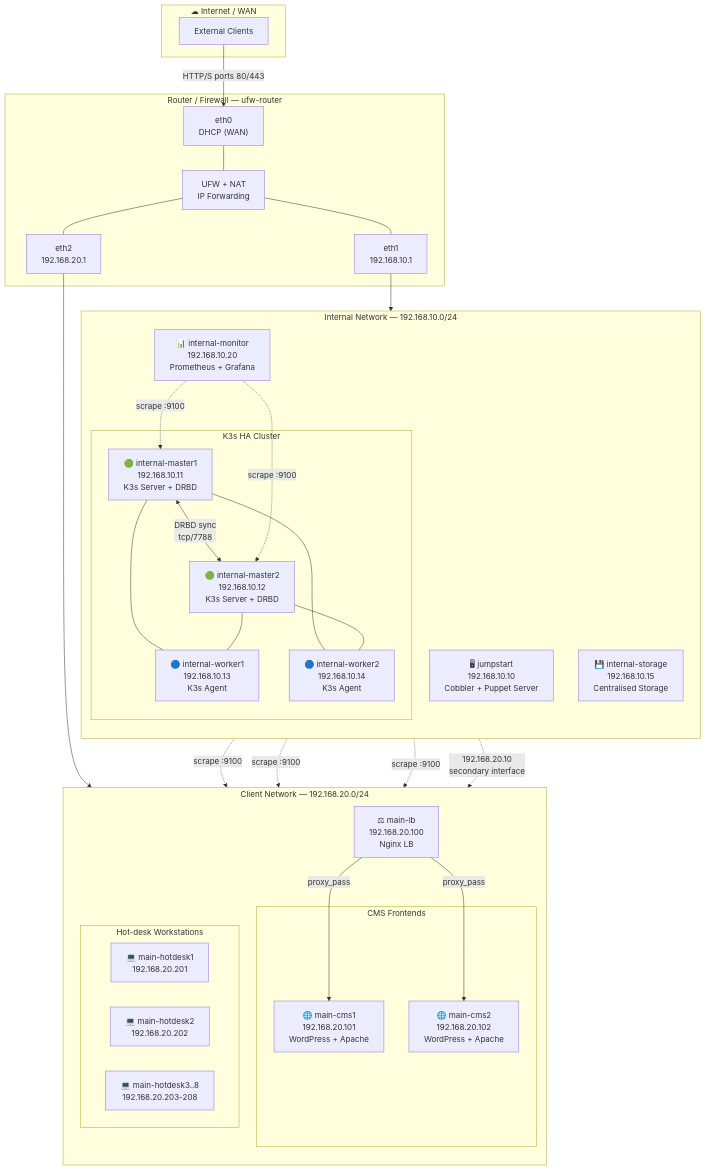
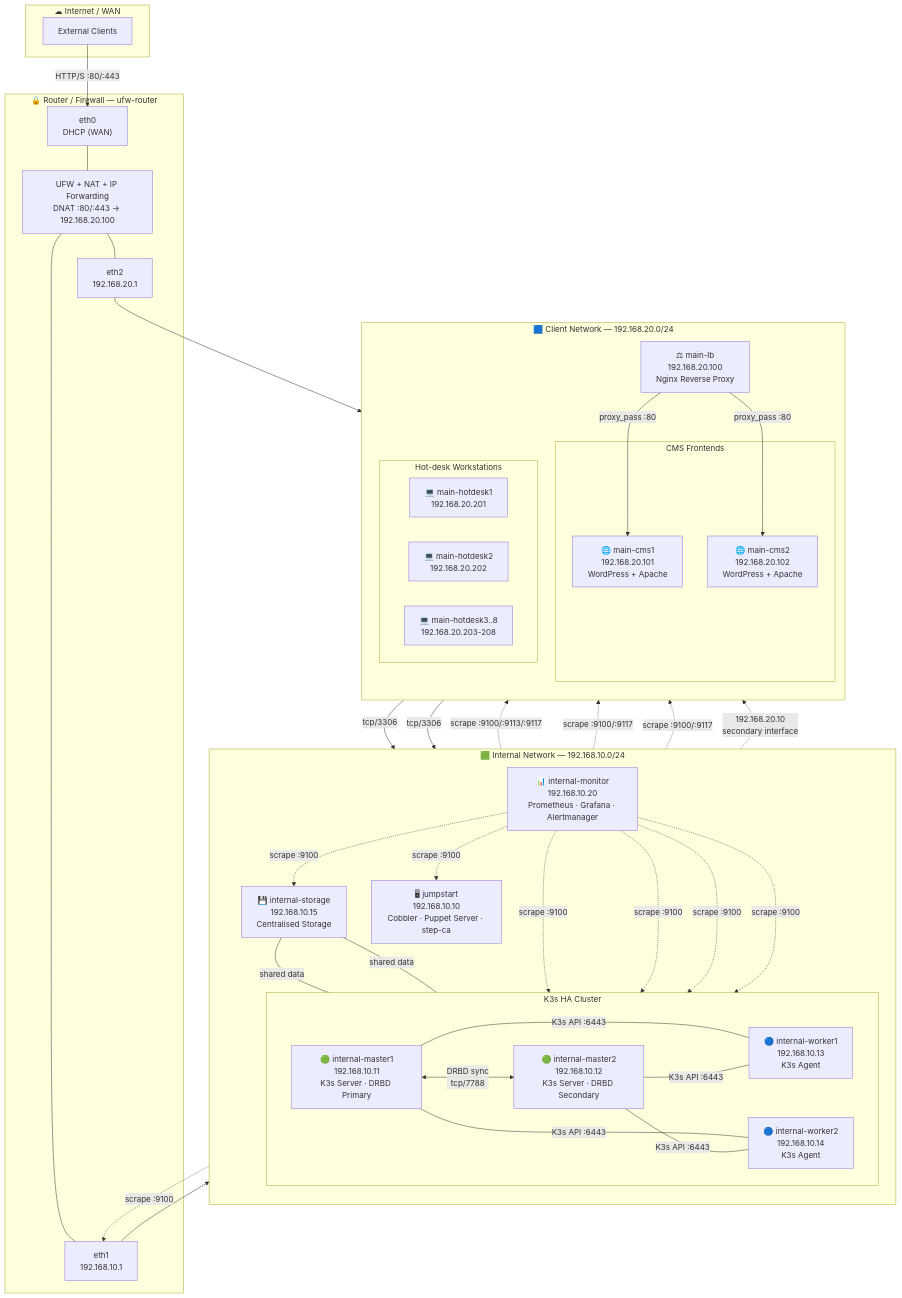
One commit to Aitor42/CMS-HA-Infrastructure changed the first of 3 diagrams in docs/NETWORK_DIAGRAM.md. Above: the diagram before and after it, drawn with Mermaid. The commit also changed other lines of this file and 1 other file, not shown here.

First line of the commit message:
docs: improve Mermaid diagrams for clarity and completeness

````diff
--- a/docs/NETWORK_DIAGRAM.md
+++ b/docs/NETWORK_DIAGRAM.md
@@ -14,34 +14,35 @@
         CLOUD["External Clients"]
     end
 
-    subgraph FW["Router / Firewall — ufw-router"]
+    subgraph FW["🔒 Router / Firewall — ufw-router"]
         ETH0["eth0<br/>DHCP (WAN)"]
+        UFW_CORE["UFW + NAT + IP Forwarding<br/>DNAT :80/:443 → 192.168.20.100"]
         ETH1["eth1<br/>192.168.10.1"]
         ETH2["eth2<br/>192.168.20.1"]
-        UFW_CORE["UFW + NAT<br/>IP Forwarding"]
         ETH0 --- UFW_CORE
         UFW_CORE --- ETH1
         UFW_CORE --- ETH2
     end
 
-    subgraph INTERNAL["Internal Network — 192.168.10.0/24"]
+    subgraph INTERNAL["🟩 Internal Network — 192.168.10.0/24"]
         direction TB
-        JS["🖥 jumpstart<br/>192.168.10.10<br/>Cobbler + Puppet Server"]
+        JS["🖥 jumpstart<br/>192.168.10.10<br/>Cobbler · Puppet Server · step-ca"]
 
         subgraph K3S_CLUSTER["K3s HA Cluster"]
-            M1["🟢 internal-master1<br/>192.168.10.11<br/>K3s Server + DRBD"]
-            M2["🟢 internal-master2<br/>192.168.10.12<br/>K3s Server + DRBD"]
+            direction LR
+            M1["🟢 internal-master1<br/>192.168.10.11<br/>K3s Server · DRBD Primary"]
+            M2["🟢 internal-master2<br/>192.168.10.12<br/>K3s Server · DRBD Secondary"]
             W1["🔵 internal-worker1<br/>192.168.10.13<br/>K3s Agent"]
             W2["🔵 internal-worker2<br/>192.168.10.14<br/>K3s Agent"]
         end
 
         ST["💾 internal-storage<br/>192.168.10.15<br/>Centralised Storage"]
-        MON["📊 internal-monitor<br/>192.168.10.20<br/>Prometheus + Grafana"]
+        MON["📊 internal-monitor<br/>192.168.10.20<br/>Prometheus · Grafana · Alertmanager"]
     end
 
-    subgraph MAIN["Client Network — 192.168.20.0/24"]
+    subgraph MAIN["🟦 Client Network — 192.168.20.0/24"]
         direction TB
-        LB["⚖ main-lb<br/>192.168.20.100<br/>Nginx LB"]
+        LB["⚖ main-lb<br/>192.168.20.100<br/>Nginx Reverse Proxy"]
 
         subgraph CMS_POOL["CMS Frontends"]
             CMS1["🌐 main-cms1<br/>192.168.20.101<br/>WordPress + Apache"]
@@ -55,24 +56,42 @@
         end
     end
 
-    CLOUD -->|"HTTP/S ports 80/443"| ETH0
+    %% --- WAN traffic ---
+    CLOUD -->|"HTTP/S :80/:443"| ETH0
     ETH1 --> INTERNAL
     ETH2 --> MAIN
 
+    %% --- Dual-homed jumpstart ---
     JS -.->|"192.168.20.10<br/>secondary interface"| MAIN
 
+    %% --- K3s cluster mesh ---
     M1 <-->|"DRBD sync<br/>tcp/7788"| M2
-    M1 --- W1
-    M1 --- W2
-    M2 --- W1
-    M2 --- W2
+    M1 ---|"K3s API :6443"| W1
+    M1 ---|"K3s API :6443"| W2
+    M2 ---|"K3s API :6443"| W1
+    M2 ---|"K3s API :6443"| W2
 
-    LB -->|"proxy_pass"| CMS1
-    LB -->|"proxy_pass"| CMS2
+    %% --- Storage ---
+    ST ---|"shared data"| M1
+    ST ---|"shared data"| M2
 
+    %% --- Load balancing ---
+    LB -->|"proxy_pass :80"| CMS1
+    LB -->|"proxy_pass :80"| CMS2
+
+    %% --- CMS to DB ---
+    CMS1 -->|"tcp/3306"| M1
+    CMS2 -->|"tcp/3306"| M1
+
+    %% --- Monitoring scrape targets (all nodes) ---
+    MON -.->|"scrape :9100"| JS
     MON -.->|"scrape :9100"| M1
     MON -.->|"scrape :9100"| M2
-    MON -.->|"scrape :9100"| LB
-    MON -.->|"scrape :9100"| CMS1
-    MON -.->|"scrape :9100"| CMS2
+    MON -.->|"scrape :9100"| W1
+    MON -.->|"scrape :9100"| W2
+    MON -.->|"scrape :9100"| ST
+    MON -.->|"scrape :9100/:9113/:9117"| LB
+    MON -.->|"scrape :9100/:9117"| CMS1
+    MON -.->|"scrape :9100/:9117"| CMS2
+    MON -.->|"scrape :9100"| ETH1
 ```
````
